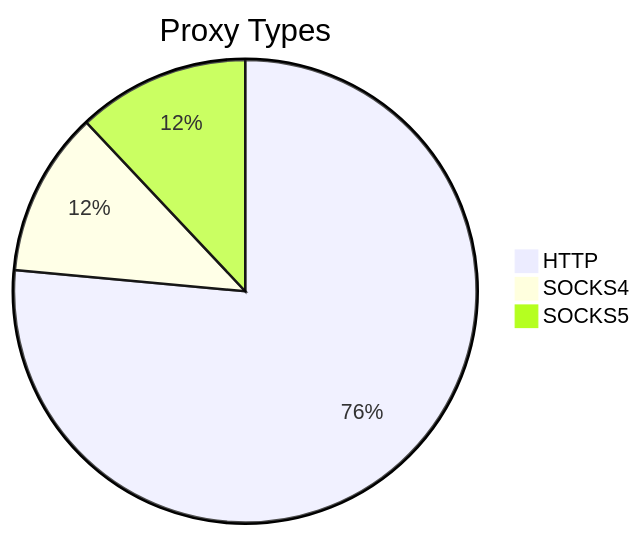
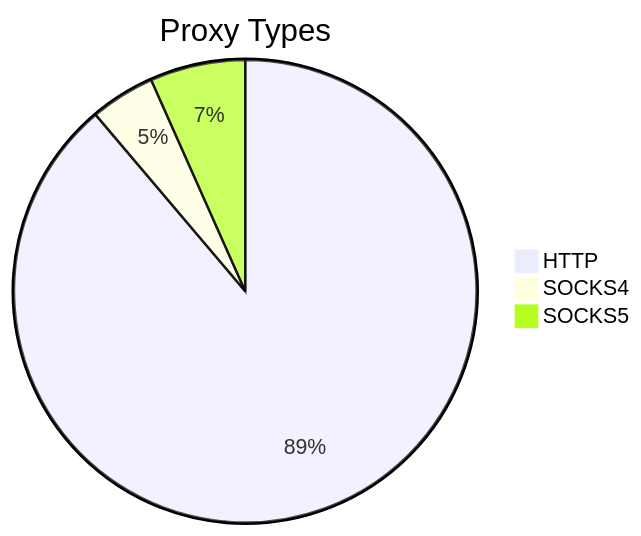
The first of 2 diagrams in README.md (stormsia/proxy-list), drawn with Mermaid before and after one commit. The commit also changed other lines of this file, not shown here.

````diff
--- a/README.md
+++ b/README.md
@@ -21,6 +21,6 @@
 ```mermaid
 pie title Proxy Types
-    "HTTP" : 471
-    "SOCKS4" : 71
-    "SOCKS5" : 74
+    "HTTP" : 373
+    "SOCKS4" : 19
+    "SOCKS5" : 28
 ```
````
